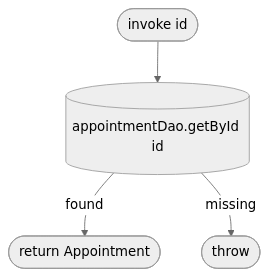
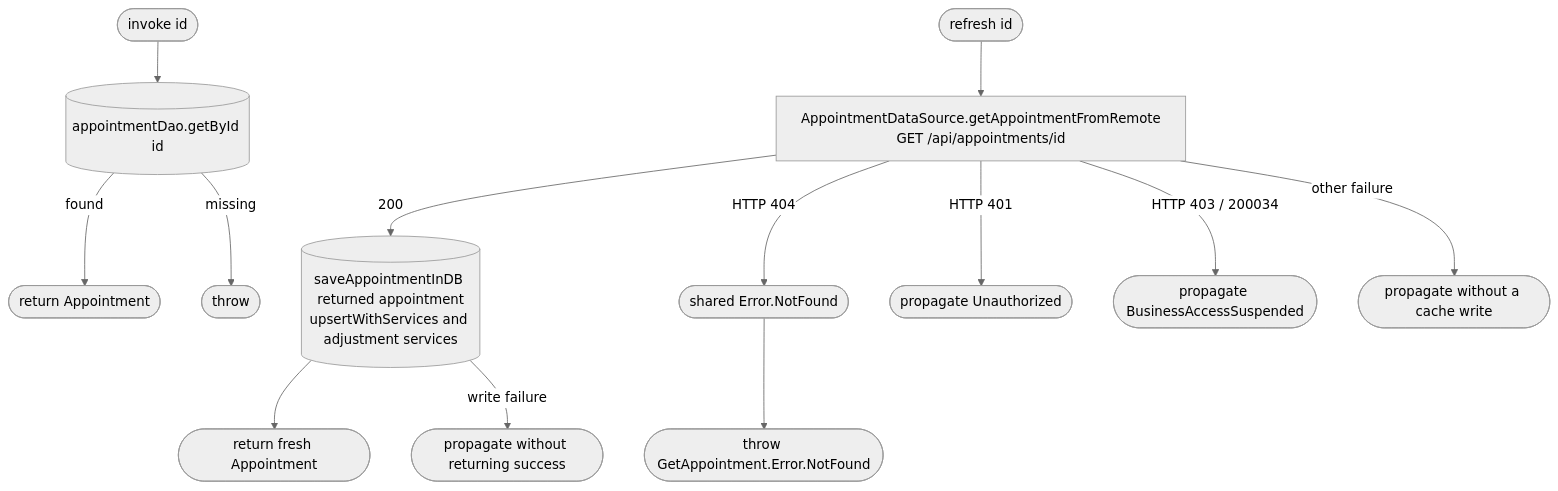
Before and after one commit to nocturneproperties/bookkme-client: the diagram in docs/operations/appointments/get-appointment.md, drawn with Mermaid (neutral theme). The commit also changed other lines of this file and 45 other files, not shown here.

````diff
--- a/docs/operations/appointments/get-appointment.md
+++ b/docs/operations/appointments/get-appointment.md
@@ -12,6 +15,15 @@
 ```mermaid
 flowchart TD
     Start([invoke id]) --> DB[(appointmentDao.getById id)]
     DB -- found --> R([return Appointment])
     DB -- missing --> EX([throw])
+    Refresh([refresh id]) --> Net["AppointmentDataSource.getAppointmentFromRemote<br/>GET /api/appointments/id"]
+    Net -- 200 --> Save[(saveAppointmentInDB returned appointment<br/>upsertWithServices and adjustment services)]
+    Save --> Fresh([return fresh Appointment])
+    Net -- HTTP 404 --> SharedMissing([shared Error.NotFound])
+    SharedMissing --> Missing([throw GetAppointment.Error.NotFound])
+    Net -- HTTP 401 --> Auth([propagate Unauthorized])
+    Net -- HTTP 403 / 200034 --> Suspended([propagate BusinessAccessSuspended])
+    Net -- other failure --> Failure([propagate without a cache write])
+    Save -- write failure --> WriteFailure([propagate without returning success])
 ```
````
